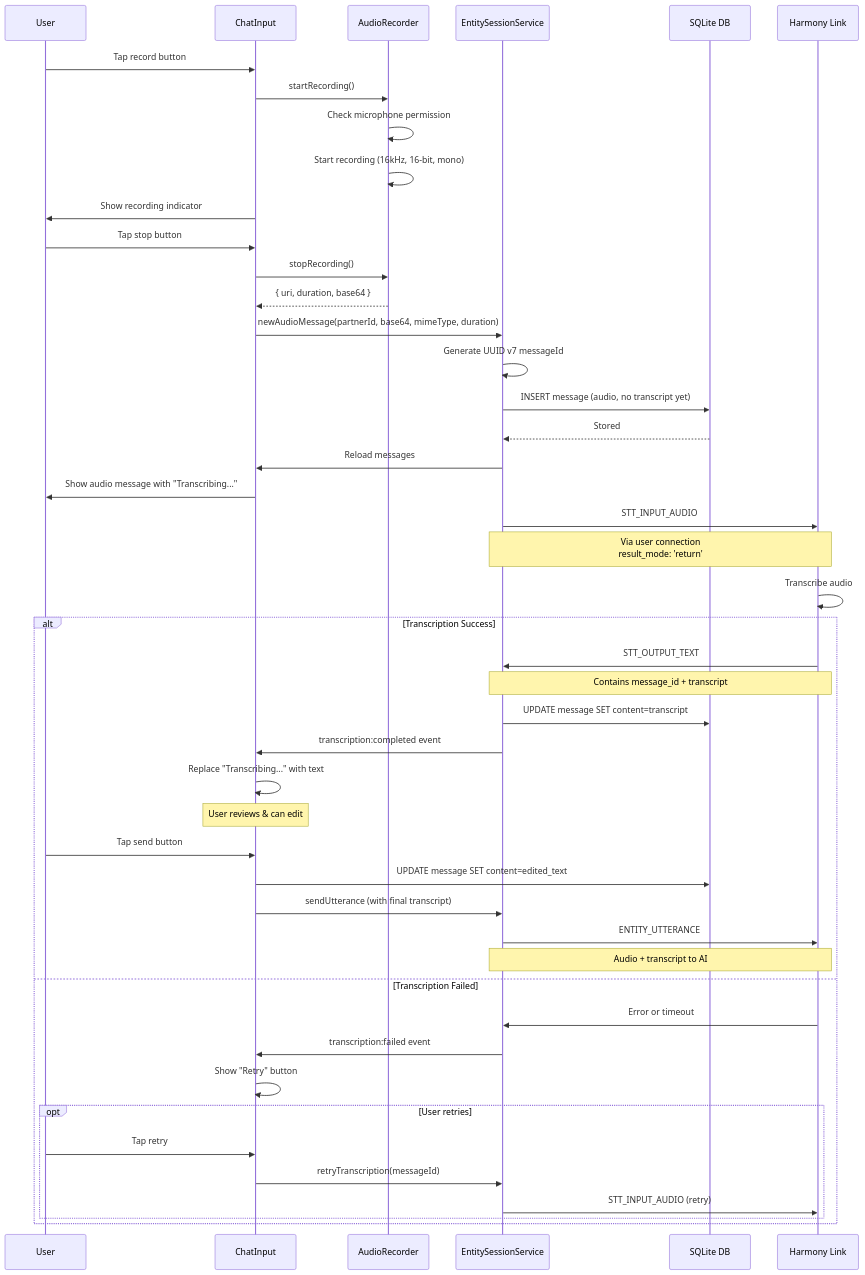
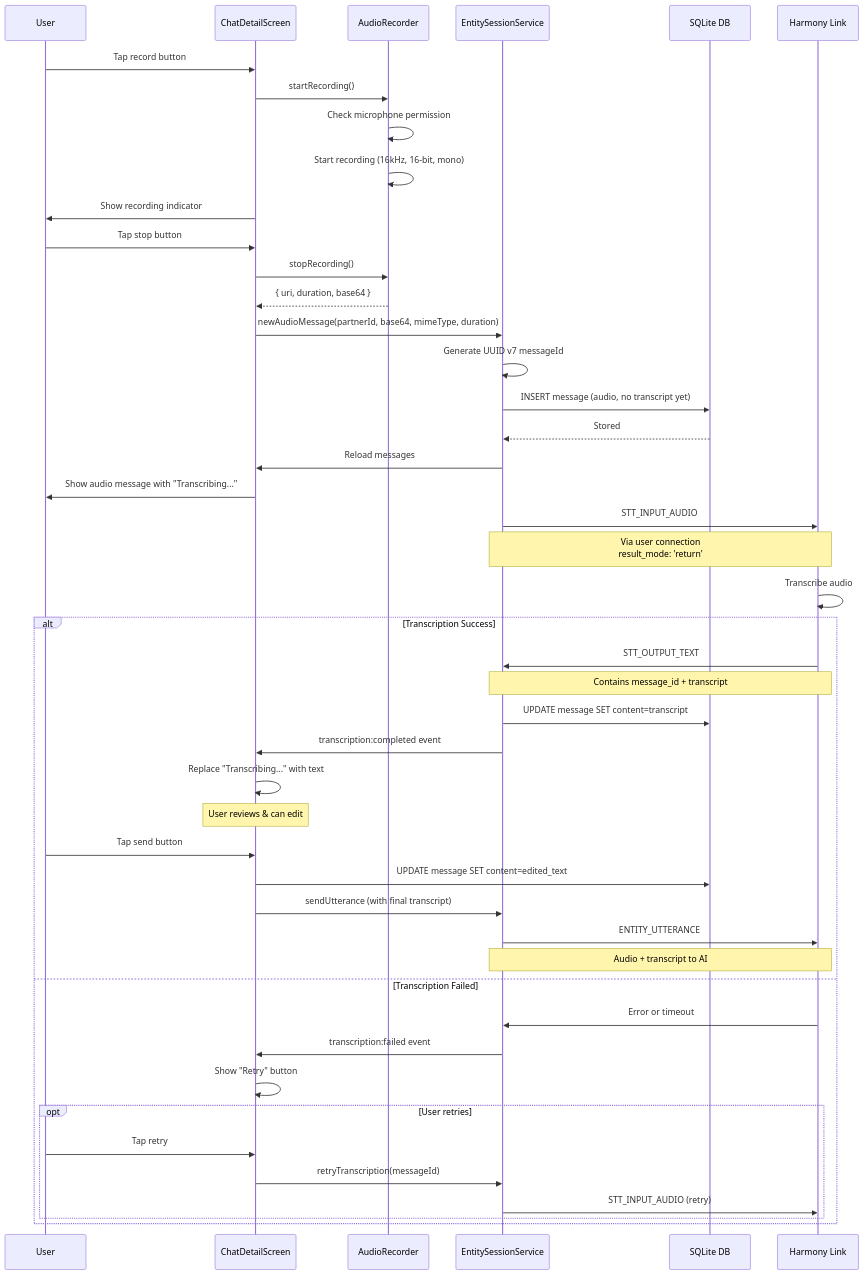
Before and after one commit to harmony-ai-solutions/harmony-ai-app: the second of 6 diagrams in docs/harmony-link-diagrams/05-message-flows.md, drawn with Mermaid. The commit also changed other lines of this file and 13 other files, not shown here.

````diff
--- a/docs/harmony-link-diagrams/05-message-flows.md
+++ b/docs/harmony-link-diagrams/05-message-flows.md
@@ -87,60 +87,60 @@
 ```mermaid
 sequenceDiagram
     participant User
-    participant UI as ChatInput
+    participant UI as ChatDetailScreen
     participant AR as AudioRecorder
     participant ESS as EntitySessionService
     participant DB as SQLite DB
     participant HL as Harmony Link
     
     User->>UI: Tap record button
     UI->>AR: startRecording()
     AR->>AR: Check microphone permission
     AR->>AR: Start recording (16kHz, 16-bit, mono)
     UI->>User: Show recording indicator
     
     User->>UI: Tap stop button
     UI->>AR: stopRecording()
     AR-->>UI: { uri, duration, base64 }
     
     UI->>ESS: newAudioMessage(partnerId, base64, mimeType, duration)
     
     ESS->>ESS: Generate UUID v7 messageId
     ESS->>DB: INSERT message (audio, no transcript yet)
     DB-->>ESS: Stored
     
     ESS->>UI: Reload messages
     UI->>User: Show audio message with "Transcribing..."
     
     ESS->>HL: STT_INPUT_AUDIO
     Note over ESS,HL: Via user connection<br/>result_mode: 'return'
     
     HL->>HL: Transcribe audio
     
     alt Transcription Success
         HL->>ESS: STT_OUTPUT_TEXT
         Note over HL,ESS: Contains message_id + transcript
         ESS->>DB: UPDATE message SET content=transcript
         ESS->>UI: transcription:completed event
         UI->>UI: Replace "Transcribing..." with text
         
         Note over UI: User reviews & can edit
         User->>UI: Tap send button
         
         UI->>DB: UPDATE message SET content=edited_text
         UI->>ESS: sendUtterance (with final transcript)
         ESS->>HL: ENTITY_UTTERANCE
         Note over ESS,HL: Audio + transcript to AI
         
     else Transcription Failed
         HL->>ESS: Error or timeout
         ESS->>UI: transcription:failed event
         UI->>UI: Show "Retry" button
         
         opt User retries
             User->>UI: Tap retry
             UI->>ESS: retryTranscription(messageId)
             ESS->>HL: STT_INPUT_AUDIO (retry)
         end
     end
 ```
````
